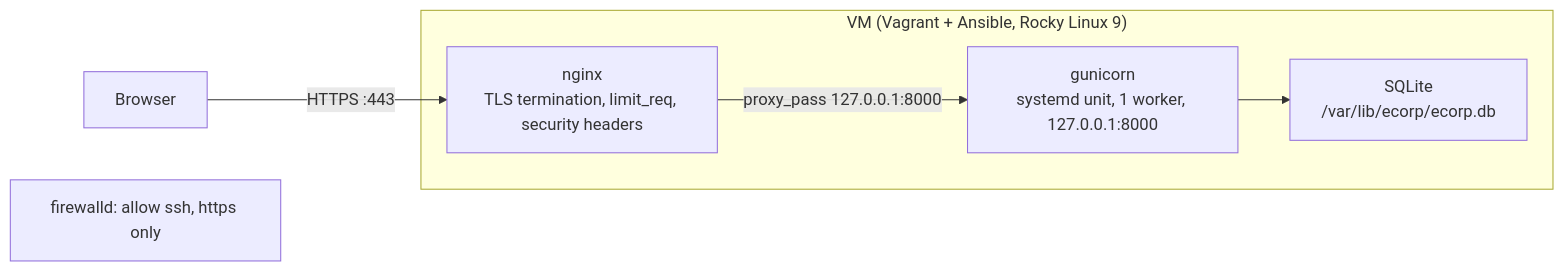
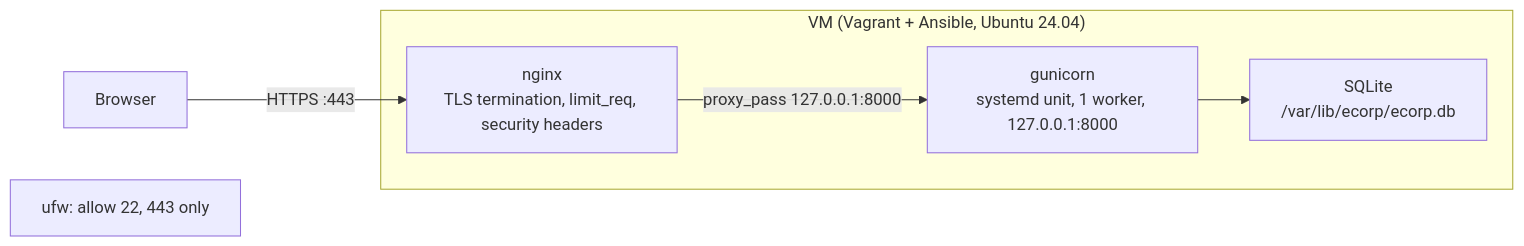
One commit to adam-bouafia/sre-challenge changed the first of 2 diagrams in docs/architecture.md. Above: the diagram before and after it, drawn with Mermaid. The commit also changed 8 other files, not shown here.

````diff
--- a/docs/architecture.md
+++ b/docs/architecture.md
@@ -8,12 +8,12 @@
 ```mermaid
 flowchart LR
     browser["Browser"] -->|"HTTPS :443"| nginx
-    subgraph vm["VM (Vagrant + Ansible, Rocky Linux 9)"]
+    subgraph vm["VM (Vagrant + Ansible, Ubuntu 24.04)"]
         nginx["nginx\nTLS termination, limit_req, security headers"]
         gunicorn["gunicorn\nsystemd unit, 1 worker, 127.0.0.1:8000"]
         sqlite["SQLite\n/var/lib/ecorp/ecorp.db"]
         nginx -->|"proxy_pass 127.0.0.1:8000"| gunicorn
         gunicorn --> sqlite
     end
-    firewalld["firewalld: allow ssh, https only"]
+    ufw["ufw: allow 22, 443 only"]
 ```
````
